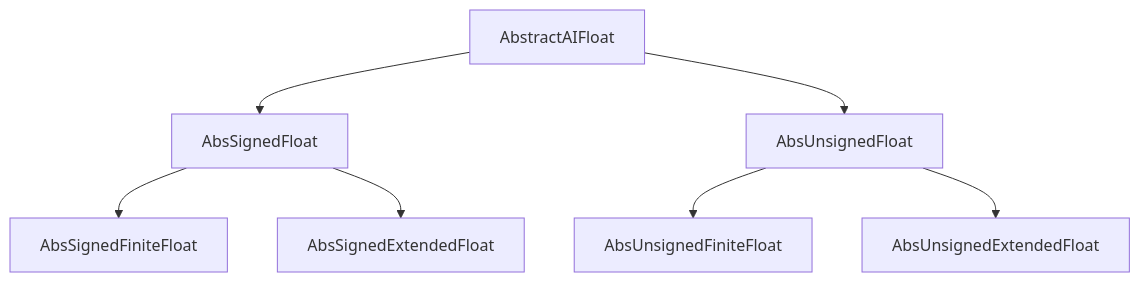
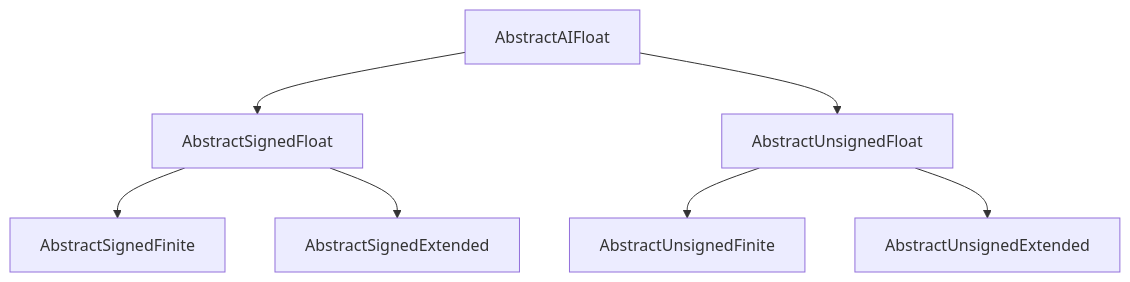
The first of 2 diagrams in docs/src/abstractions.md (JeffreySarnoff/AIFloats.jl), drawn with Mermaid before and after one commit. The commit also changed 21 other files, not shown here.

````diff
--- a/docs/src/abstractions.md
+++ b/docs/src/abstractions.md
@@ -5,10 +5,10 @@
 ```mermaid
 graph TD
     A[AbstractAIFloat]
-    A--> S[AbsSignedFloat]
-    A--> U[AbsUnsignedFloat]
-    S--> SF[AbsSignedFiniteFloat]
-    S--> SE[AbsSignedExtendedFloat]
-    U--> UF[AbsUnsignedFiniteFloat]
-    U--> UE[AbsUnsignedExtendedFloat]
+    A--> S[AbstractSignedFloat]
+    A--> U[AbstractUnsignedFloat]
+    S--> SF[AbstractSignedFinite]
+    S--> SE[AbstractSignedExtended]
+    U--> UF[AbstractUnsignedFinite]
+    U--> UE[AbstractUnsignedExtended]
 ```
````
